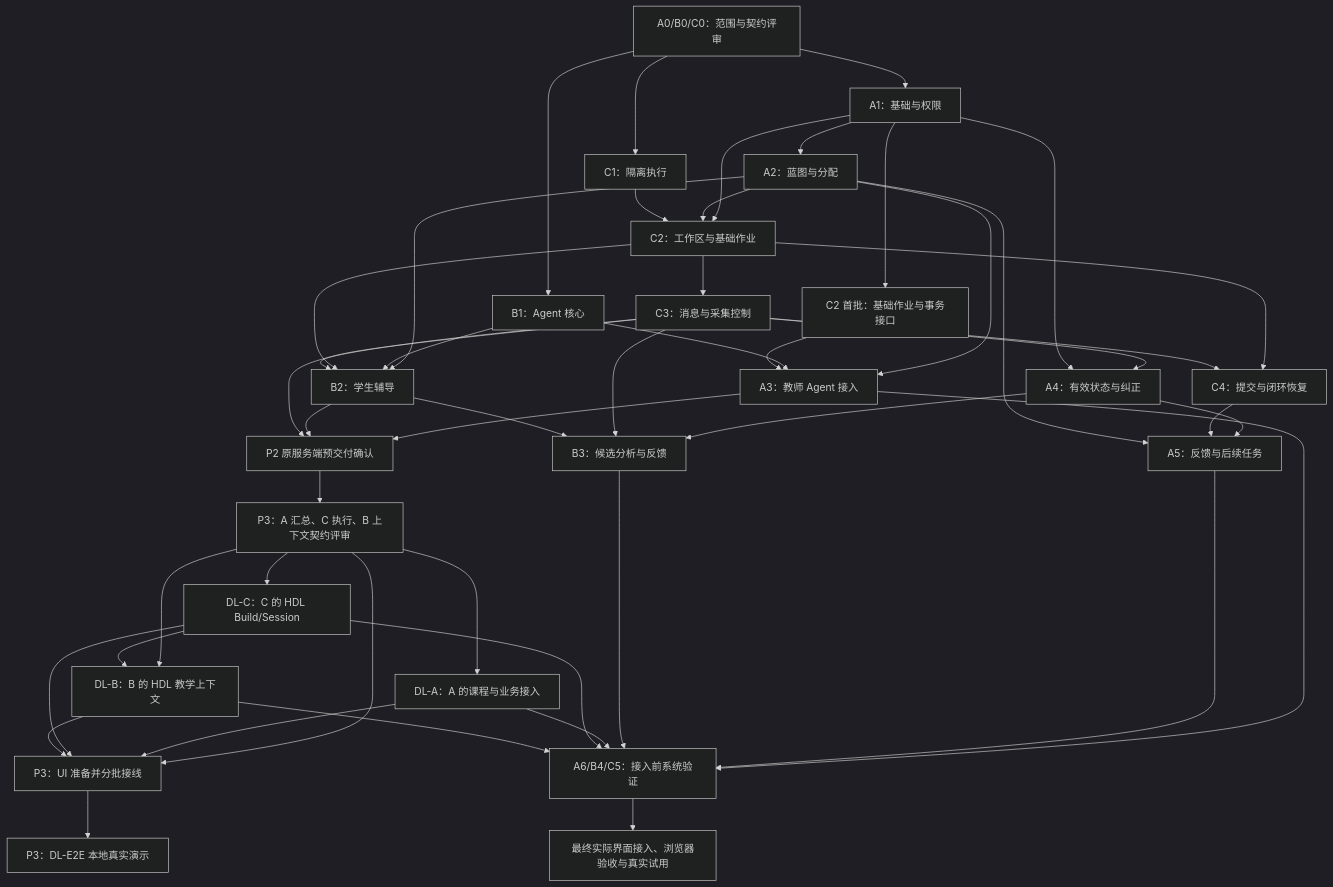
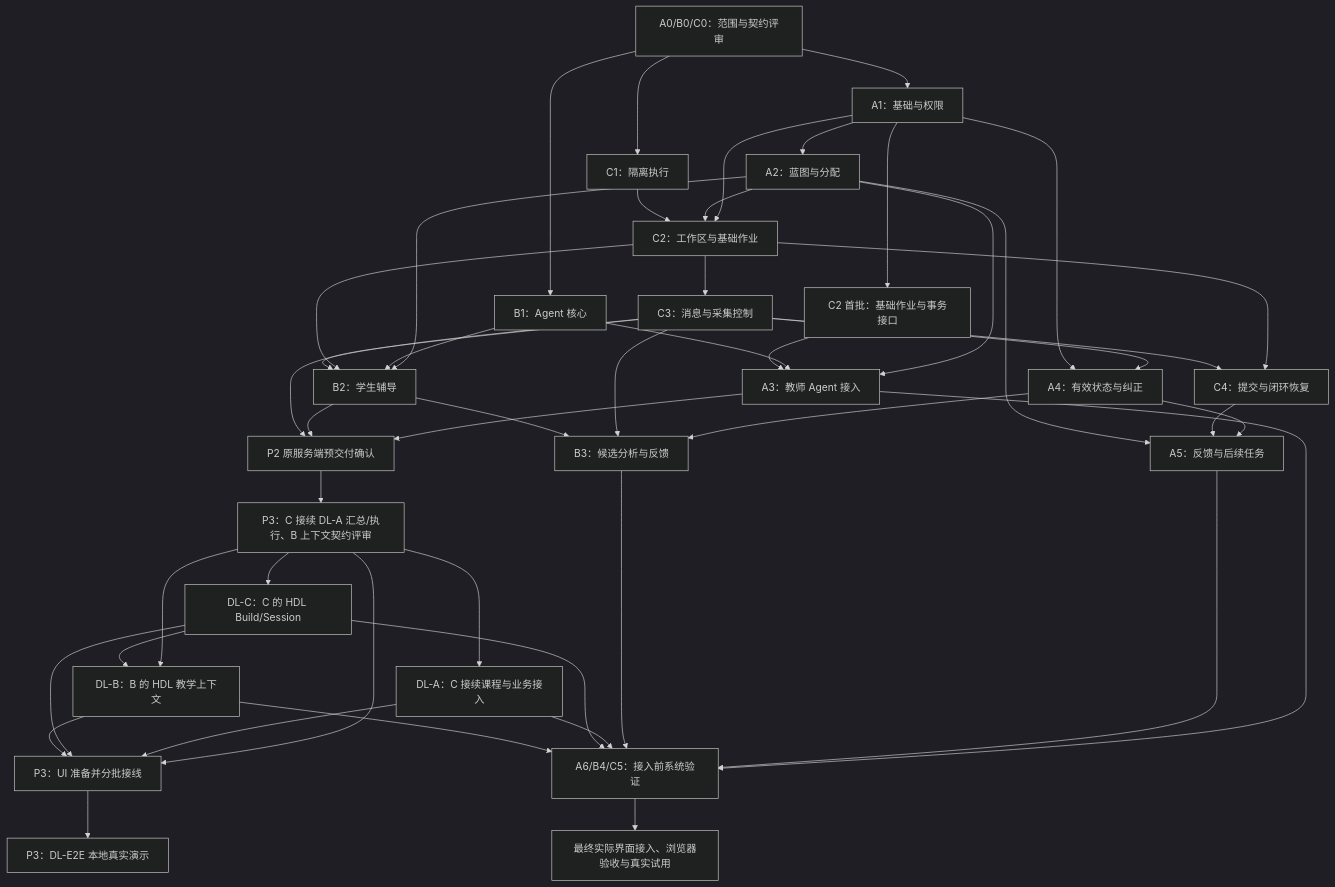
One commit to paher-din/XunJie changed the diagram in docs/planning/TEAM_WORK_PLAN.md. Above: the diagram before and after it, drawn with Mermaid (dark theme). The commit also changed other lines of this file and 4 other files, not shown here.

````diff
--- a/docs/planning/TEAM_WORK_PLAN.md
+++ b/docs/planning/TEAM_WORK_PLAN.md
@@ -68,49 +70,49 @@
 ```mermaid
 flowchart TD
     G0["A0/B0/C0：范围与契约评审"] --> A1["A1：基础与权限"]
     G0 --> B1["B1：Agent 核心"]
     G0 --> C1["C1：隔离执行"]
     A1 --> A2["A2：蓝图与分配"]
     A1 --> Q["C2 首批：基础作业与事务接口"]
     A1 --> C2["C2：工作区与基础作业"]
     A2 --> C2
     C1 --> C2
     A2 --> A3["A3：教师 Agent 接入"]
     B1 --> A3
     Q --> A3
     C2 --> C3["C3：消息与采集控制"]
     A2 --> B2["B2：学生辅导"]
     B1 --> B2
     C2 --> B2
     C3 --> B2
     A3 --> P2Ready["P2 原服务端预交付确认"]
     B2 --> P2Ready
     C3 --> P2Ready
-    P2Ready --> DLReview["P3：A 汇总、C 执行、B 上下文契约评审"]
-    DLReview --> DLA["DL-A：A 的课程与业务接入"]
+    P2Ready --> DLReview["P3：C 接续 DL-A 汇总/执行、B 上下文契约评审"]
+    DLReview --> DLA["DL-A：C 接续课程与业务接入"]
     DLReview --> DLC["DL-C：C 的 HDL Build/Session"]
     DLReview --> DLB["DL-B：B 的 HDL 教学上下文"]
     DLC --> DLB
     DLReview --> DLUI["P3：UI 准备并分批接线"]
     DLA --> DLUI
     DLC --> DLUI
     DLB --> DLUI
     DLUI --> DLE2E["P3：DL-E2E 本地真实演示"]
     C3 --> A4["A4：有效状态与纠正"]
     A1 --> A4
     A4 --> B3["B3：候选分析与反馈"]
     C3 --> B3
     B2 --> B3
     C2 --> C4["C4：提交与闭环恢复"]
     C3 --> C4
     A4 --> A5["A5：反馈与后续任务"]
     C4 --> A5
     A2 --> A5
     A3 --> P4["A6/B4/C5：接入前系统验证"]
     A5 --> P4
     B3 --> P4
     DLA --> P4
     DLC --> P4
     DLB --> P4
     P4 --> I["最终实际界面接入、浏览器验收与真实试用"]
 ```
````
